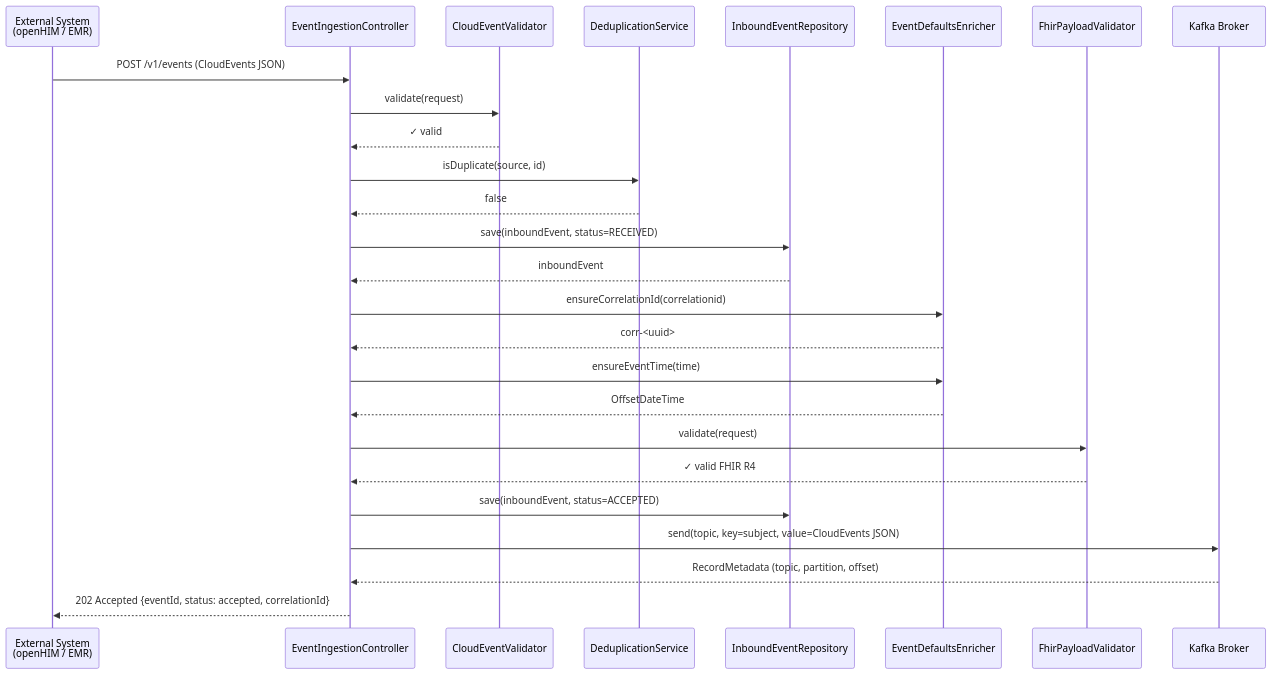
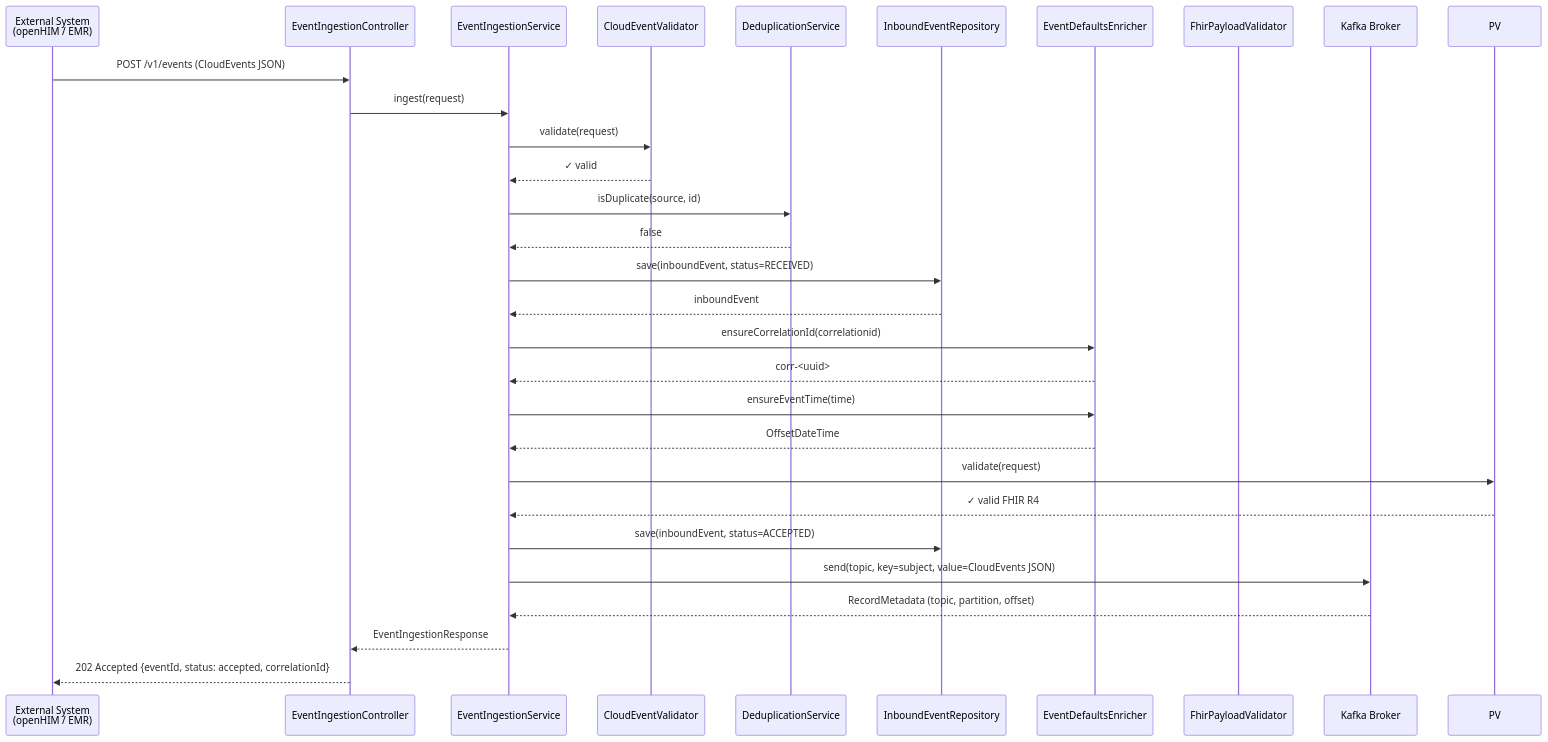
One commit to Jayaprakash8887/cce-collector-service changed the second of 7 diagrams in docs/flow-diagrams.md. Above: the diagram before and after it, drawn with Mermaid. The commit also changed other lines of this file and 10 other files, not shown here.

````diff
--- a/docs/flow-diagrams.md
+++ b/docs/flow-diagrams.md
@@ -54,36 +54,39 @@
 ```mermaid
 sequenceDiagram
     participant Client as External System<br/>(openHIM / EMR)
     participant Controller as EventIngestionController
+    participant Service as EventIngestionService
     participant Validator as CloudEventValidator
     participant Dedup as DeduplicationService
     participant Repo as InboundEventRepository
     participant Defaults as EventDefaultsEnricher
     participant FHIR as FhirPayloadValidator
     participant Kafka as Kafka Broker
 
     Client->>Controller: POST /v1/events (CloudEvents JSON)
-    Controller->>Validator: validate(request)
-    Validator-->>Controller: ✓ valid
+    Controller->>Service: ingest(request)
+    Service->>Validator: validate(request)
+    Validator-->>Service: ✓ valid
 
-    Controller->>Dedup: isDuplicate(source, id)
-    Dedup-->>Controller: false
+    Service->>Dedup: isDuplicate(source, id)
+    Dedup-->>Service: false
 
-    Controller->>Repo: save(inboundEvent, status=RECEIVED)
-    Repo-->>Controller: inboundEvent
+    Service->>Repo: save(inboundEvent, status=RECEIVED)
+    Repo-->>Service: inboundEvent
 
-    Controller->>Defaults: ensureCorrelationId(correlationid)
-    Defaults-->>Controller: corr-<uuid>
-    Controller->>Defaults: ensureEventTime(time)
-    Defaults-->>Controller: OffsetDateTime
+    Service->>Defaults: ensureCorrelationId(correlationid)
+    Defaults-->>Service: corr-<uuid>
+    Service->>Defaults: ensureEventTime(time)
+    Defaults-->>Service: OffsetDateTime
 
-    Controller->>FHIR: validate(request)
-    FHIR-->>Controller: ✓ valid FHIR R4
+    Service->>PV: validate(request)
+    PV-->>Service: ✓ valid FHIR R4
 
-    Controller->>Repo: save(inboundEvent, status=ACCEPTED)
+    Service->>Repo: save(inboundEvent, status=ACCEPTED)
 
-    Controller->>Kafka: send(topic, key=subject, value=CloudEvents JSON)
-    Kafka-->>Controller: RecordMetadata (topic, partition, offset)
+    Service->>Kafka: send(topic, key=subject, value=CloudEvents JSON)
+    Kafka-->>Service: RecordMetadata (topic, partition, offset)
 
+    Service-->>Controller: EventIngestionResponse
     Controller-->>Client: 202 Accepted {eventId, status: accepted, correlationId}
 ```
````
